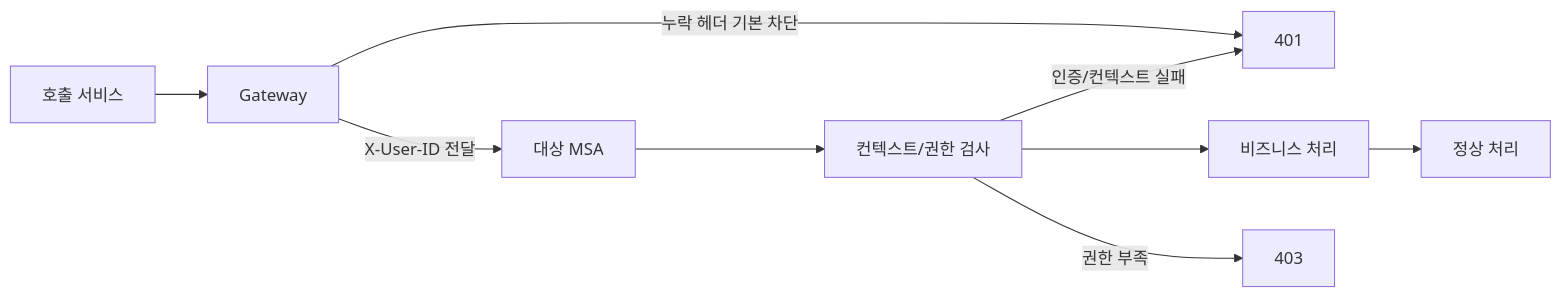
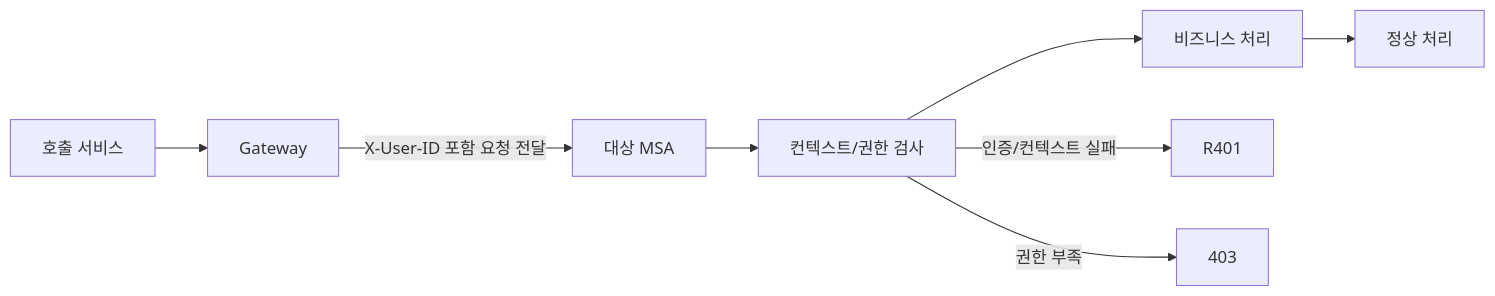
Before and after one commit to teamSANDOL/tuk_sandol_team: the first of 2 diagrams in docs/auth-msa-communication.md, drawn with Mermaid. The commit also changed other lines of this file and 2 other files, not shown here.

````diff
--- a/docs/auth-msa-communication.md
+++ b/docs/auth-msa-communication.md
@@ -66,11 +66,10 @@
 ```mermaid
 flowchart LR
     C[호출 서비스] --> G[Gateway]
-    G -->|X-User-ID 전달| M[대상 MSA]
-    G -->|누락 헤더 기본 차단| R401[401]
+    G -->|X-User-ID 포함 요청 전달| M[대상 MSA]
     M --> V[컨텍스트/권한 검사]
     V --> P[비즈니스 처리]
     P --> OK[정상 처리]
     V -->|인증/컨텍스트 실패| R401
     V -->|권한 부족| R403[403]
 ```
````
